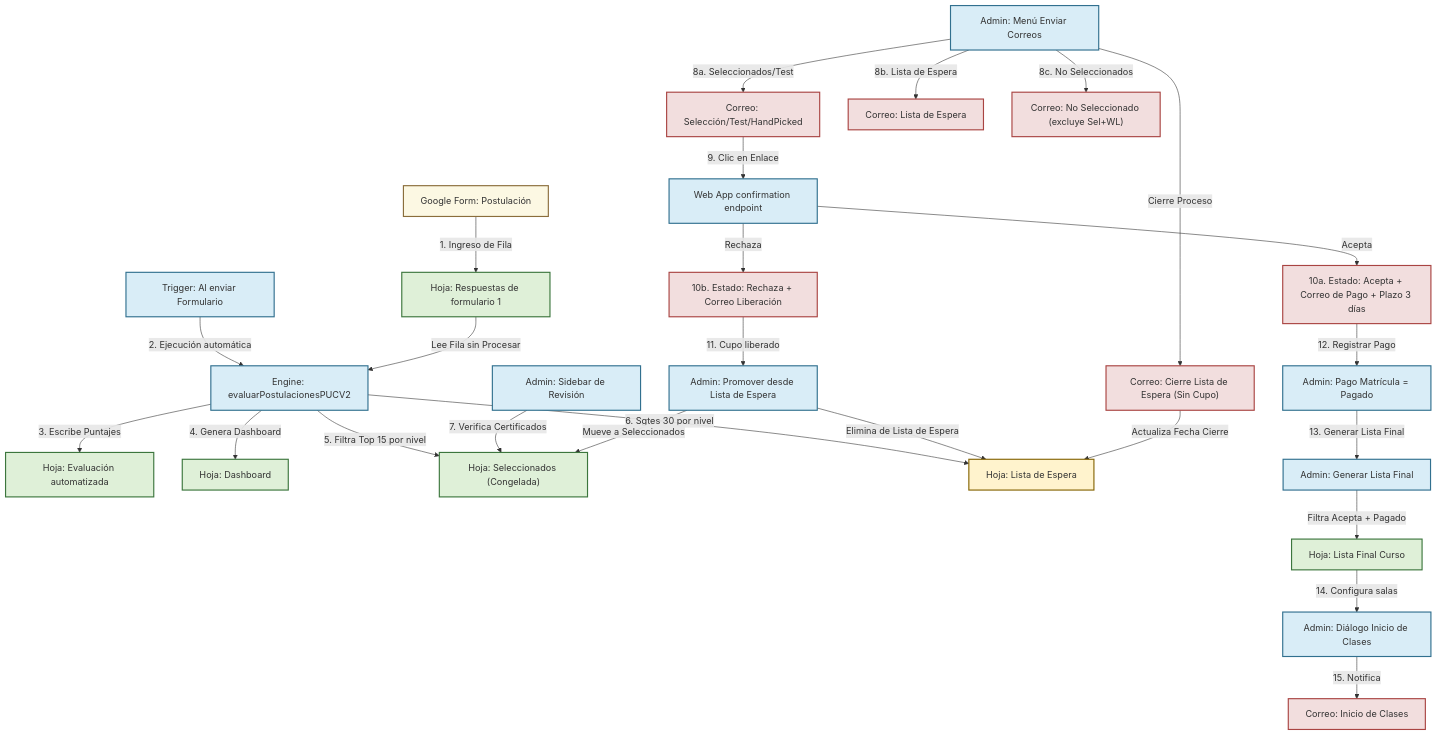
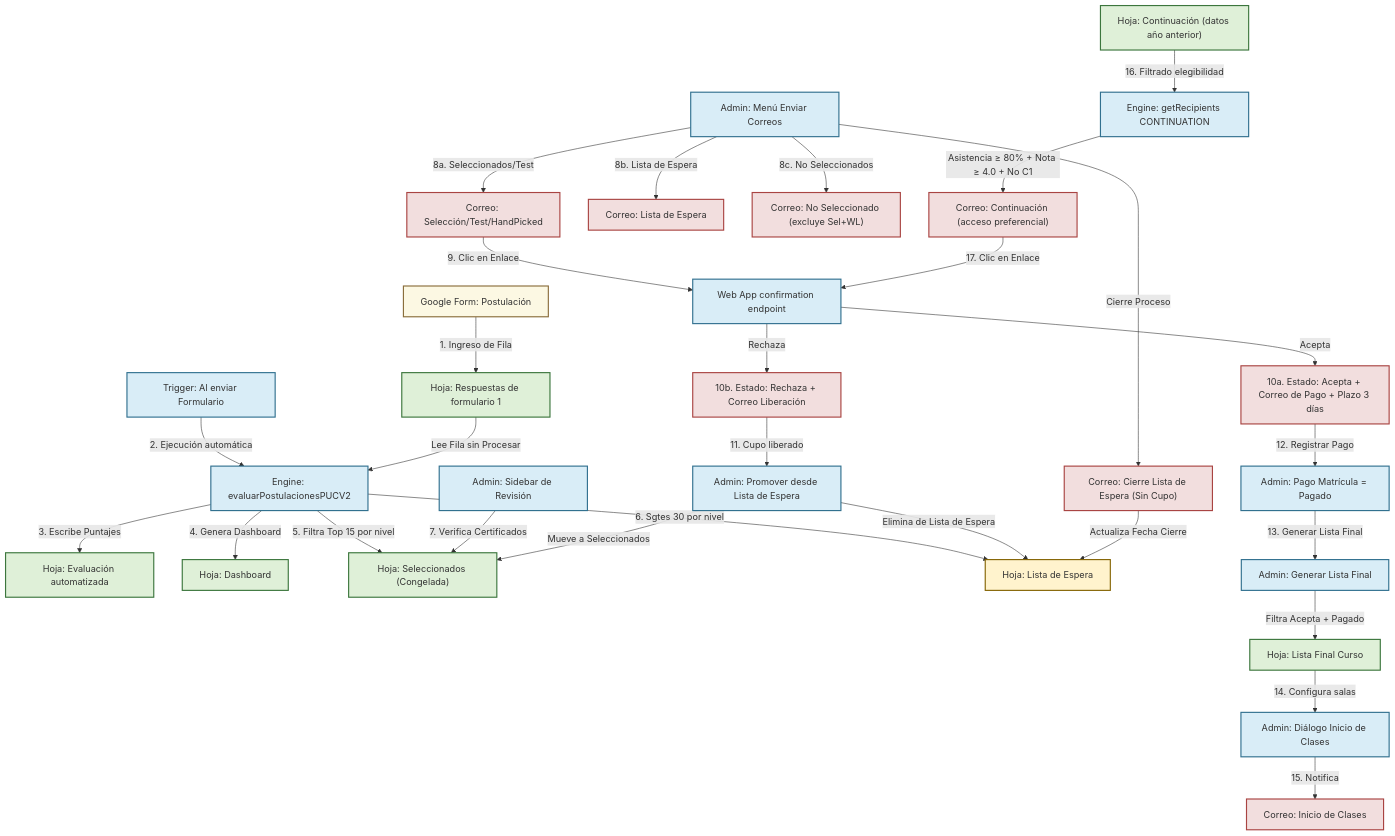
One commit to Luccat1/PUCV2 changed the diagram in docs/logical-flow.md. Above: the diagram before and after it, drawn with Mermaid. The commit also changed other lines of this file and 19 other files, not shown here.

````diff
--- a/docs/logical-flow.md
+++ b/docs/logical-flow.md
@@ -11,42 +11,46 @@
 ```mermaid
 graph TD
     classDef process fill:#d9edf7,stroke:#31708f,stroke-width:2px;
     classDef input fill:#fcf8e3,stroke:#8a6d3b,stroke-width:2px;
     classDef sheet fill:#dff0d8,stroke:#3c763d,stroke-width:2px;
     classDef action fill:#f2dede,stroke:#a94442,stroke-width:2px;
     classDef waitlist fill:#fff3cd,stroke:#856404,stroke-width:2px;
 
     Form["Google Form: Postulación"]:::input -->|1. Ingreso de Fila| SheetInput["Hoja: Respuestas de formulario 1"]:::sheet
     Trigger["Trigger: Al enviar Formulario"]:::process -->|2. Ejecución automática| Eval["Engine: evaluarPostulacionesPUCV2"]:::process
     SheetInput -->|Lee Fila sin Procesar| Eval
 
     Eval -->|3. Escribe Puntajes| SheetOutput["Hoja: Evaluación automatizada"]:::sheet
     Eval -->|4. Genera Dashboard| SheetDash["Hoja: Dashboard"]:::sheet
     Eval -->|5. Filtra Top 15 por nivel| SheetSelected["Hoja: Seleccionados (Congelada)"]:::sheet
     Eval -->|6. Sgtes 30 por nivel| SheetWaitlist["Hoja: Lista de Espera"]:::waitlist
 
     AdminRev["Admin: Sidebar de Revisión"]:::process -->|7. Verifica Certificados| SheetSelected
 
     AdminSend["Admin: Menú Enviar Correos"]:::process -->|8a. Seleccionados/Test| EmailSelected["Correo: Selección/Test/HandPicked"]:::action
     AdminSend -->|8b. Lista de Espera| EmailWaitlist["Correo: Lista de Espera"]:::action
     AdminSend -->|8c. No Seleccionados| EmailRejected["Correo: No Seleccionado (excluye Sel+WL)"]:::action
 
     EmailSelected -->|9. Clic en Enlace| WebAppConfirm["Web App confirmation endpoint"]:::process
 
     WebAppConfirm -->|Acepta| AcceptFlow["10a. Estado: Acepta + Correo de Pago + Plazo 3 días"]:::action
     WebAppConfirm -->|Rechaza| RejectFlow["10b. Estado: Rechaza + Correo Liberación"]:::action
 
     RejectFlow -->|11. Cupo liberado| Promote["Admin: Promover desde Lista de Espera"]:::process
     Promote -->|Mueve a Seleccionados| SheetSelected
     Promote -->|Elimina de Lista de Espera| SheetWaitlist
 
     AcceptFlow -->|12. Registrar Pago| PaymentCheck["Admin: Pago Matrícula = Pagado"]:::process
     PaymentCheck -->|13. Generar Lista Final| FinalListGen["Admin: Generar Lista Final"]:::process
     FinalListGen -->|Filtra Acepta + Pagado| SheetFinal["Hoja: Lista Final Curso"]:::sheet
 
     SheetFinal -->|14. Configura salas| DialogSalas["Admin: Diálogo Inicio de Clases"]:::process
     DialogSalas -->|15. Notifica| EmailStart["Correo: Inicio de Clases"]:::action
 
     AdminSend -->|Cierre Proceso| EmailClosure["Correo: Cierre Lista de Espera (Sin Cupo)"]:::action
     EmailClosure -->|Actualiza Fecha Cierre| SheetWaitlist
+
+    SheetCont["Hoja: Continuación (datos año anterior)"]:::sheet -->|16. Filtrado elegibilidad| ContinuationFilter["Engine: getRecipients CONTINUATION"]:::process
+    ContinuationFilter -->|Asistencia ≥ 80% + Nota ≥ 4.0 + No C1| EmailContinuation["Correo: Continuación (acceso preferencial)"]:::action
+    EmailContinuation -->|17. Clic en Enlace| WebAppConfirm
 ```
````
